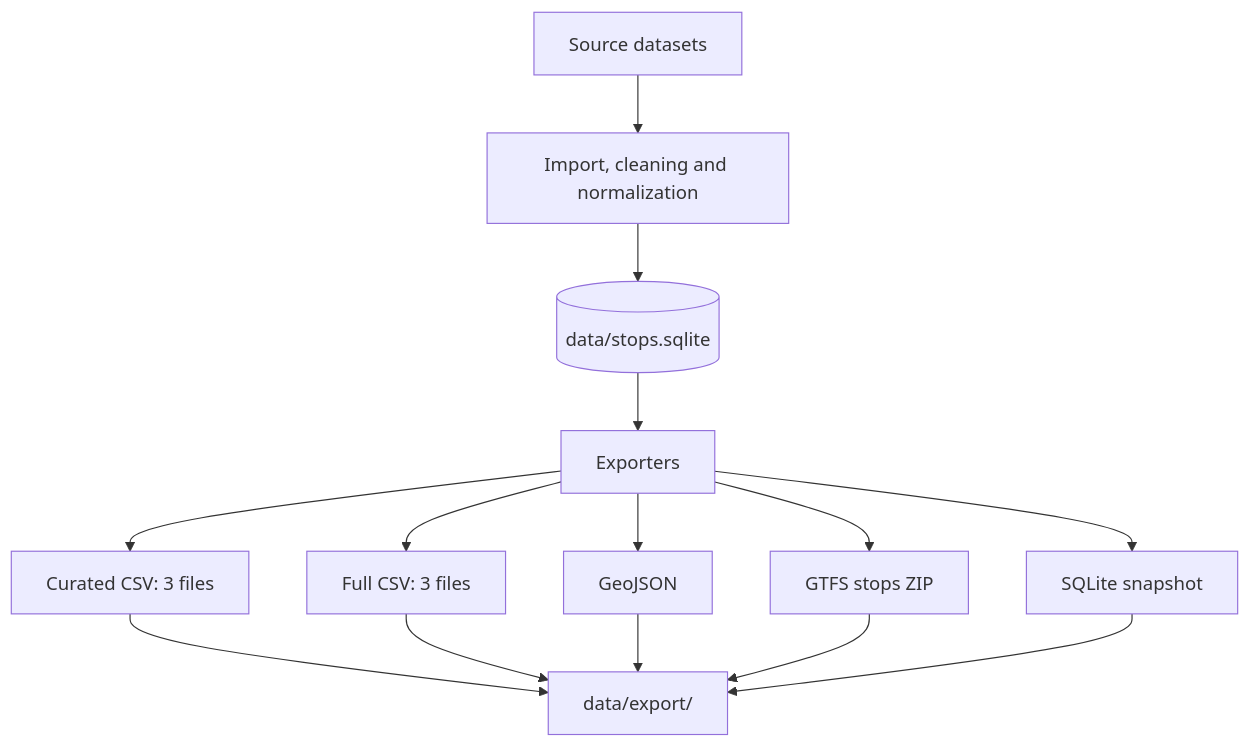
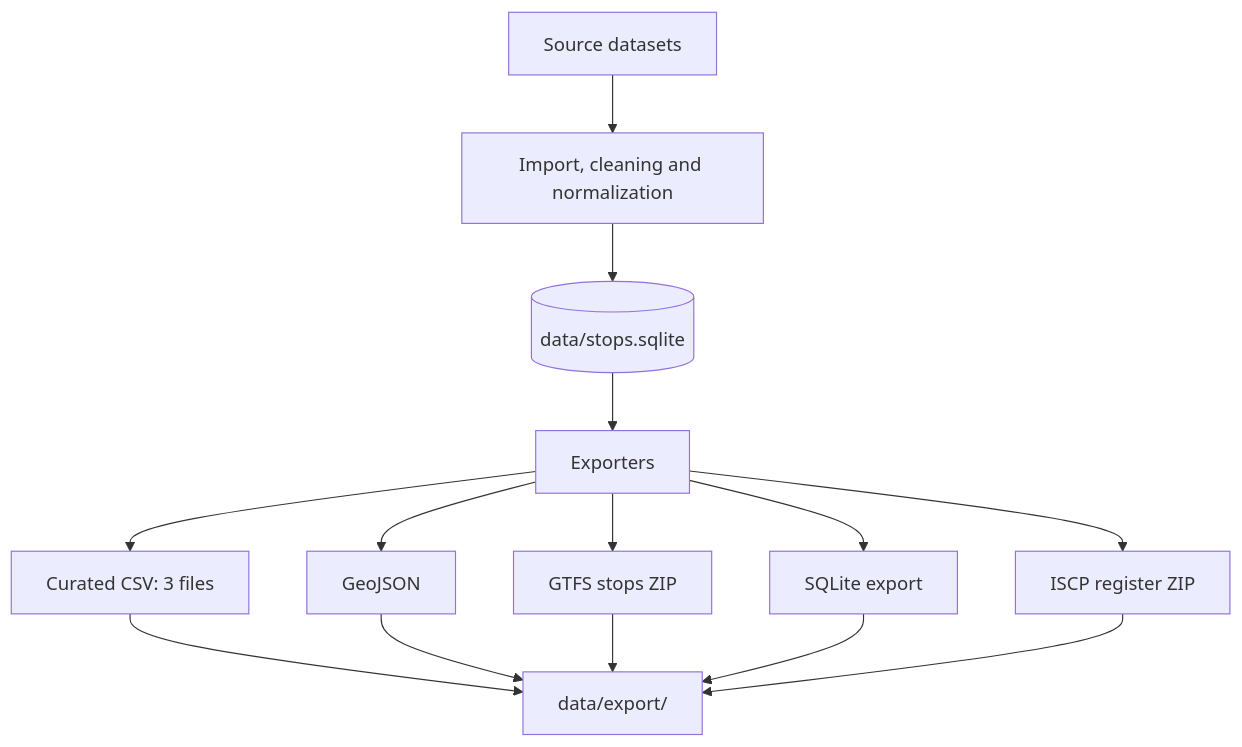
Before and after one commit to gtfs-sk/stops: the second of 2 diagrams in docs/exports.md, drawn with Mermaid. The commit also changed other lines of this file and 24 other files, not shown here.

````diff
--- a/docs/exports.md
+++ b/docs/exports.md
@@ -399,16 +341,16 @@
 ```mermaid
 flowchart TD
     A[Source datasets] --> B[Import, cleaning and normalization]
     B --> C[(data/stops.sqlite)]
     C --> D[Exporters]
     D --> E[Curated CSV: 3 files]
-    D --> F[Full CSV: 3 files]
     D --> G[GeoJSON]
     D --> H[GTFS stops ZIP]
-    D --> I[SQLite snapshot]
+    D --> I[SQLite export]
+    D --> K[ISCP register ZIP]
     E --> J[data/export/]
-    F --> J
     G --> J
     H --> J
     I --> J
+    K --> J
 ```
````
